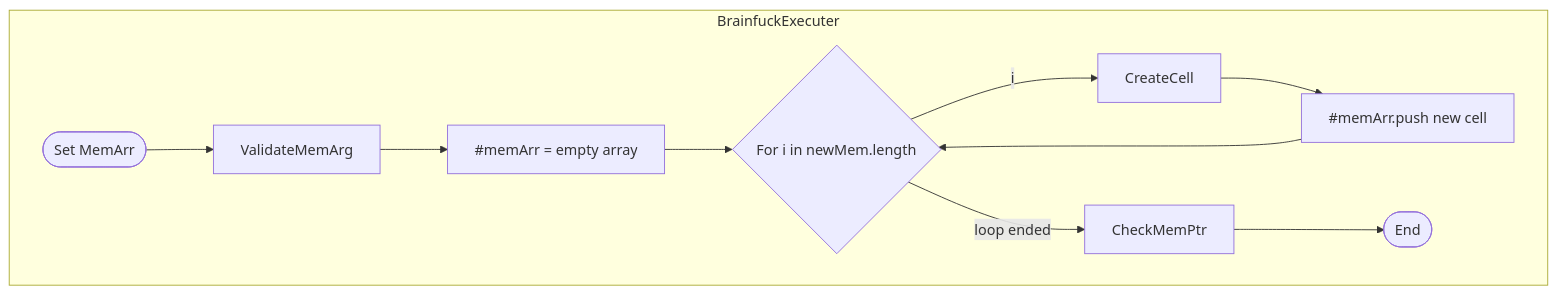
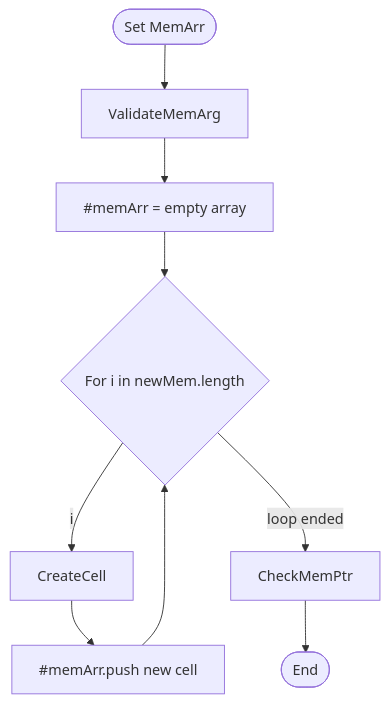
The eighth of 28 diagrams in src/Classes_Info/BrainfuckExecuter.md (BCS21090011/BrainFucker), drawn with Mermaid before and after one commit. The commit also changed other lines of this file, not shown here.

Commit message:
Adjust mermaid flowcharts

````diff
--- a/src/Classes_Info/BrainfuckExecuter.md
+++ b/src/Classes_Info/BrainfuckExecuter.md
@@ -451,32 +449,30 @@
     ```mermaid
     flowchart TD
 
-    subgraph BrainfuckExecuter
-        Start([Set MemArr])
-        ValidateMemArg
-        InitializeMemArr[#memArr = empty array]
-        ForCond{For i in newMem.length}
-        CreateCell
-        PushToMemArr[#memArr.push new cell]
-        CheckMemPtr
-        End([End])
-    end
+    Start([Set MemArr])
+    ValidateMemArg
+    InitializeMemArr[#memArr = empty array]
+    ForCond{For i in newMem.length}
+    CreateCell
+    PushToMemArr[#memArr.push new cell]
+    CheckMemPtr
+    End([End])
 
     Start
     -->
     ValidateMemArg
     -->
     InitializeMemArr
     -->
     ForCond
     --i-->
     CreateCell
     -->
     PushToMemArr
     -->
     ForCond
     --loop ended-->
     CheckMemPtr
     -->
     End
     ```
````
